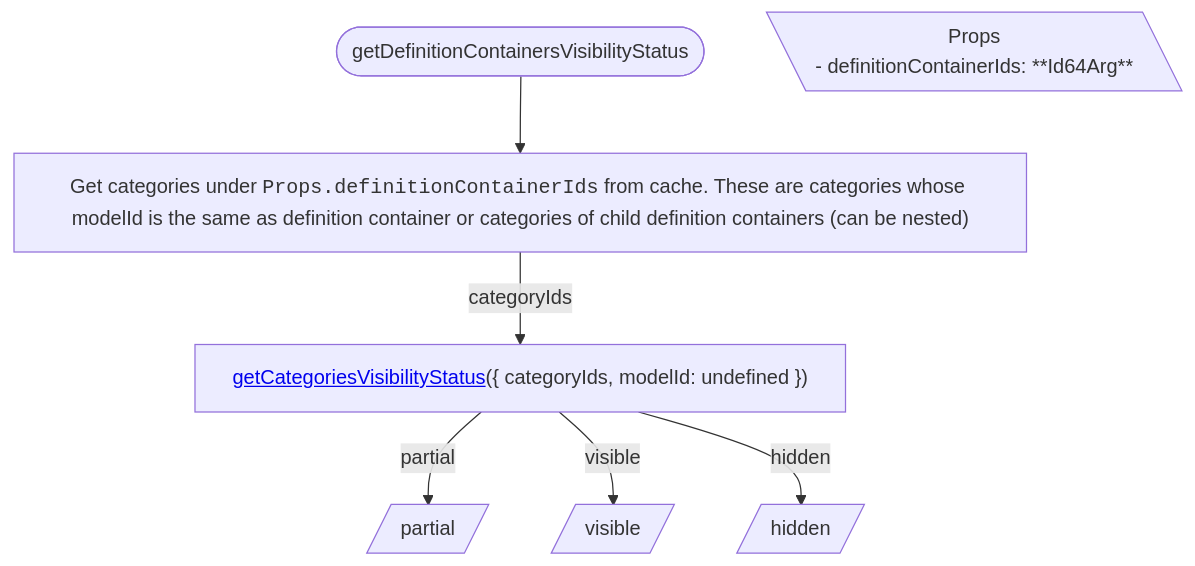
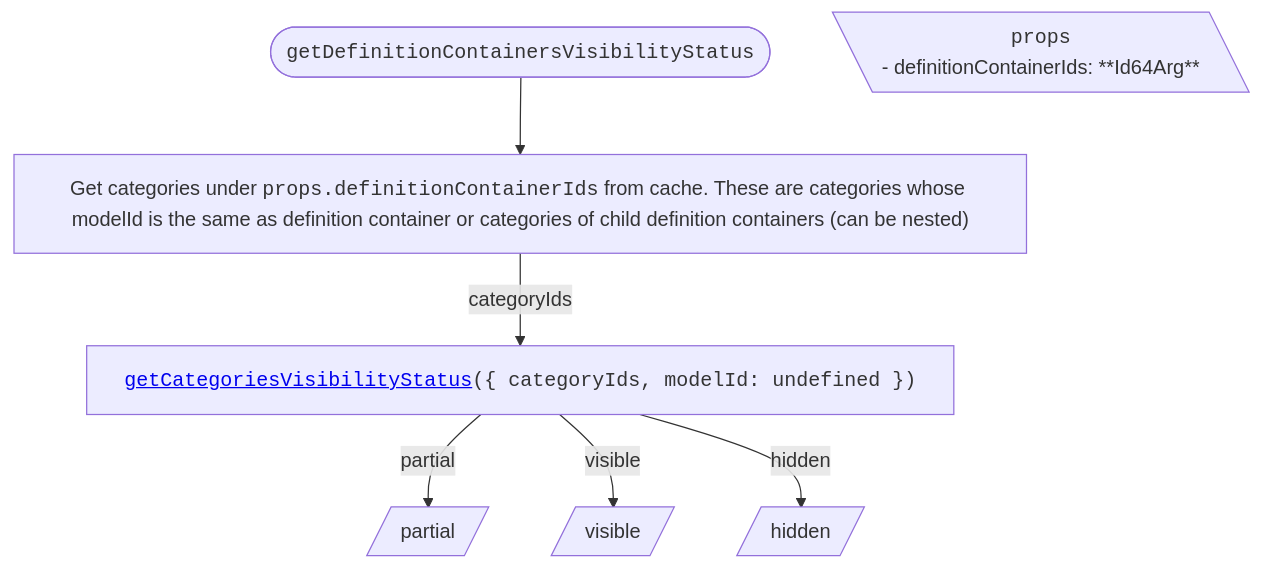
One commit to iTwin/viewer-components-react changed the diagram in packages/itwin/tree-widget/docs/CategoriesTreeVisibilityHandling.md. Above: the diagram before and after it, drawn with Mermaid. The commit also changed other lines of this file and 4 other files, not shown here.

````diff
--- a/packages/itwin/tree-widget/docs/CategoriesTreeVisibilityHandling.md
+++ b/packages/itwin/tree-widget/docs/CategoriesTreeVisibilityHandling.md
@@ -13,28 +21,28 @@
 ```mermaid
 ---
 config:
   flowchart:
     wrappingWidth: 750
     useMaxWidth: false
 ---
 
 flowchart TD
   RESULT_Partial[/partial/]
   RESULT_Visible[/visible/]
   RESULT_Hidden[/hidden/]
 
   %% Start
-  TITLE([getDefinitionContainersVisibilityStatus]) --> A["Get categories under <code>Props.definitionContainerIds</code> from cache. These are categories whose modelId is the same as definition container or categories of child definition containers (can be nested)"]
+  TITLE(["<code>getDefinitionContainersVisibilityStatus</code>"]) --> A["Get categories under <code>props.definitionContainerIds</code> from cache. These are categories whose modelId is the same as definition container or categories of child definition containers (can be nested)"]
 
   PROPS[\"
-    Props
+    <code>props</code>
     <div style='text-align: left;'>- definitionContainerIds: **Id64Arg**</div>
   "\]
 
-  A -- categoryIds --> B["<a href='./SharedVisibilityHandling.md#getcategoriesvisibilitystatus'>getCategoriesVisibilityStatus</a>({ categoryIds, modelId: undefined })"]
+  A -- categoryIds --> B["<code><a href='./SharedVisibilityHandling.md#getcategoriesvisibilitystatus'>getCategoriesVisibilityStatus</a>({ categoryIds, modelId: undefined })</code>"]
 
   %% Results
   B -- partial --> RESULT_Partial
   B -- visible --> RESULT_Visible
   B -- hidden --> RESULT_Hidden
 ```
````
